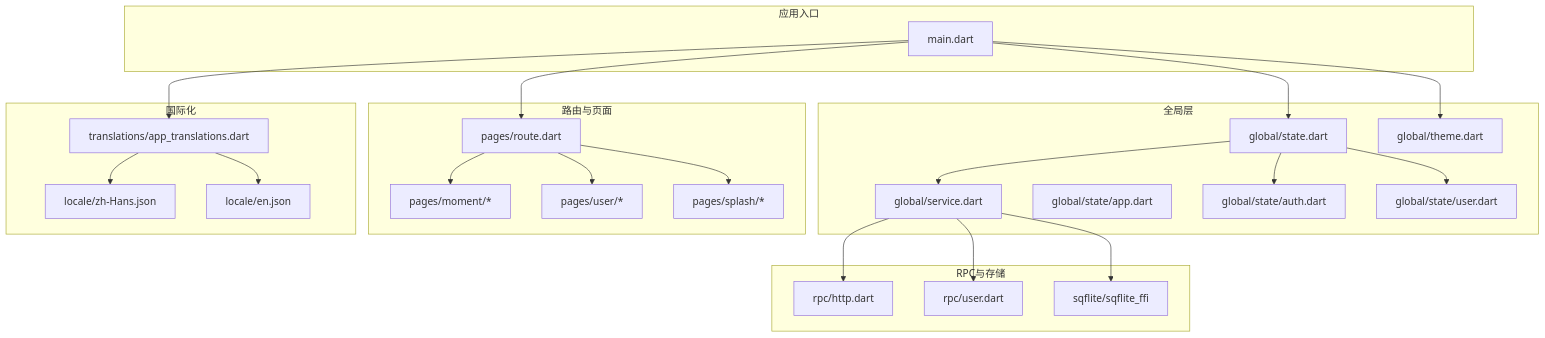
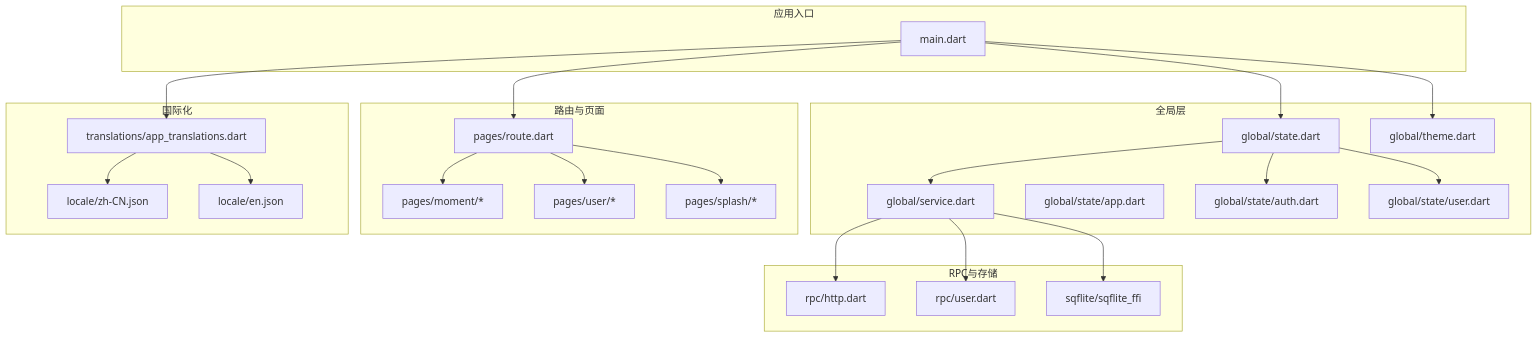
The first of 10 diagrams in .qoder/repowiki/zh/content/前端应用/Flutter 移动端应用/Flutter 移动端应用.md (liov/hoper), drawn with Mermaid before and after one commit. The commit also changed other lines of this file and 49 other files, not shown here.

````diff
--- a/.qoder/repowiki/zh/content/前端应用/Flutter 移动端应用/Flutter 移动端应用.md
+++ b/.qoder/repowiki/zh/content/前端应用/Flutter 移动端应用/Flutter 移动端应用.md
@@ -52,45 +52,45 @@
 ```mermaid
 graph TB
 subgraph "应用入口"
 M["main.dart"]
 end
 subgraph "全局层"
 GS["global/state.dart"]
 GSV["global/service.dart"]
 GT["global/theme.dart"]
 GA["global/state/app.dart"]
 GAuth["global/state/auth.dart"]
 GUser["global/state/user.dart"]
 end
 subgraph "路由与页面"
 RT["pages/route.dart"]
 P_Moment["pages/moment/*"]
 P_User["pages/user/*"]
 P_Splash["pages/splash/*"]
 end
 subgraph "国际化"
 T["translations/app_translations.dart"]
-ZH["locale/zh-Hans.json"]
+ZH["locale/zh-CN.json"]
 EN["locale/en.json"]
 end
 subgraph "RPC与存储"
 RPC_HTTP["rpc/http.dart"]
 RPC_GRPC["rpc/user.dart"]
 DB["sqflite/sqflite_ffi"]
 end
 M --> GS
 M --> GT
 M --> RT
 M --> T
 GS --> GSV
 GS --> GAuth
 GS --> GUser
 RT --> P_Moment
 RT --> P_User
 RT --> P_Splash
 T --> ZH
 T --> EN
 GSV --> RPC_HTTP
 GSV --> RPC_GRPC
 GSV --> DB
 ```
````
